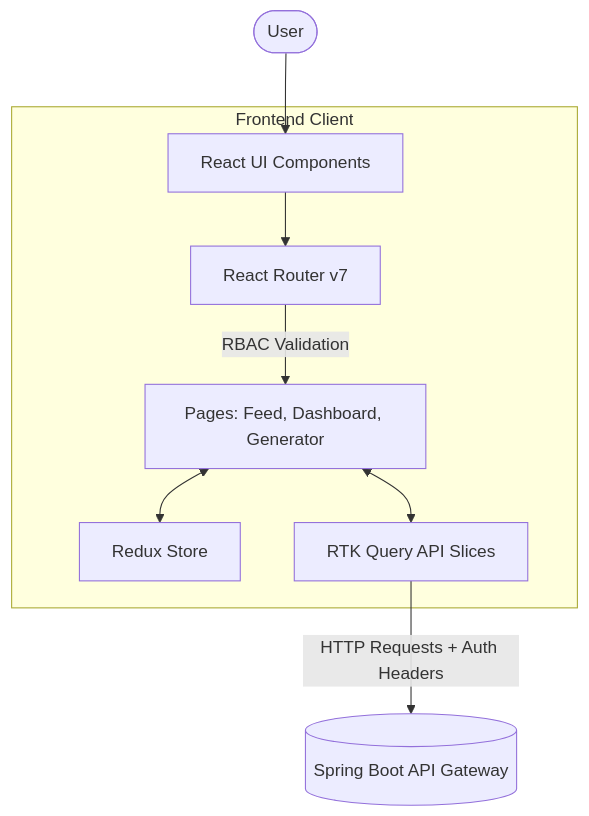
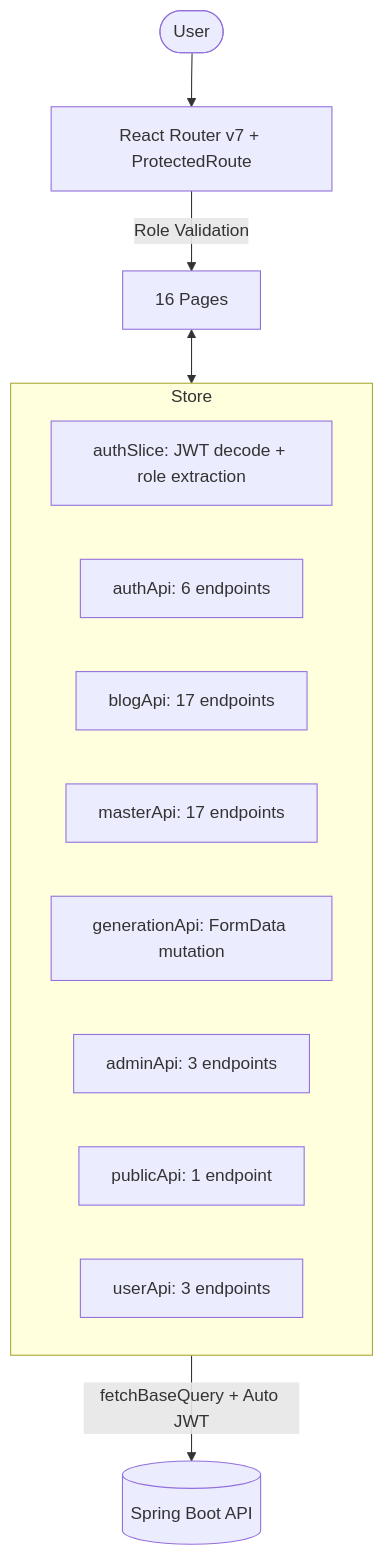
The diagram in frontend/README.md (amanshukla2004/Agentic_blog_generation_Saas), drawn with Mermaid before and after one commit. The commit also changed other lines of this file and 15 other files, not shown here.

Commit message:
feat: implement Master Admin management dashboard and API endpoints for system administration

````diff
--- a/frontend/README.md
+++ b/frontend/README.md
@@ -23,14 +11,19 @@
 ```mermaid
 flowchart TD
-    User([User]) --> UI[React UI Components]
+    User([User]) --> Router[React Router v7 + ProtectedRoute]
+    Router -->|Role Validation| Views[16 Pages]
+    Views <--> Store[Redux Store]
     
-    subgraph Frontend Client
-        UI --> Router[React Router v7]
-        Router -->|RBAC Validation| Views[Pages: Feed, Dashboard, Generator]
-        
-        Views <--> Store[Redux Store]
-        Views <--> RTK[RTK Query API Slices]
+    subgraph Store
+        Auth[authSlice: JWT decode + role extraction]
+        API1[authApi: 6 endpoints]
+        API2[blogApi: 17 endpoints]
+        API3[masterApi: 17 endpoints]
+        API4[generationApi: FormData mutation]
+        API5[adminApi: 3 endpoints]
+        API6[publicApi: 1 endpoint]
+        API7[userApi: 3 endpoints]
     end
     
-    RTK -->|HTTP Requests + Auth Headers| Gateway[(Spring Boot API Gateway)]
+    Store -->|fetchBaseQuery + Auto JWT| Gateway[(Spring Boot API)]
 ```
````
